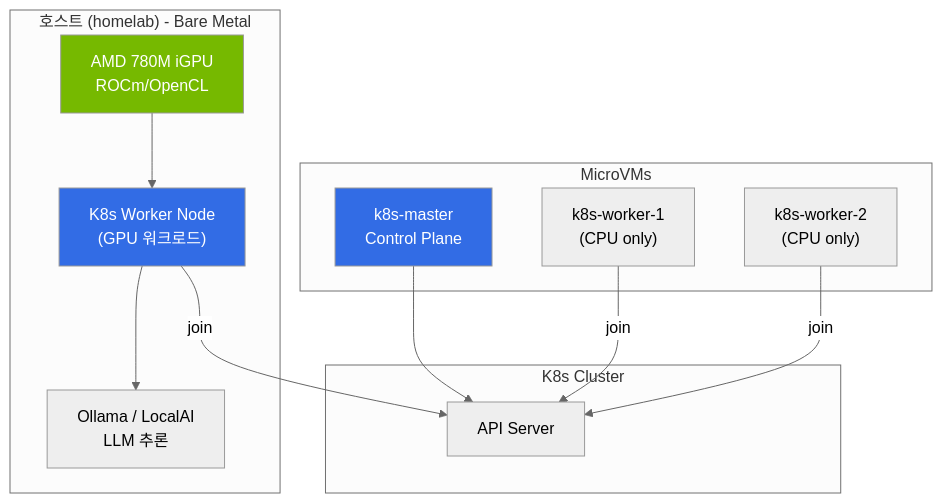
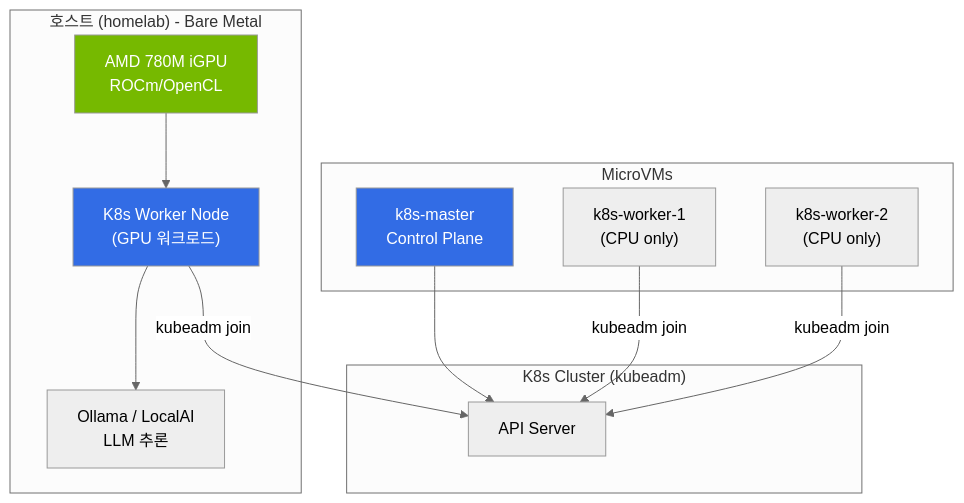
One commit to vanillacake369/tonys-homelab changed the first of 2 diagrams in docs/hybrid-k8s-cluster-plan.md. Above: the diagram before and after it, drawn with Mermaid (neutral theme). The commit also changed other lines of this file and 19 other files, not shown here.

````diff
--- a/docs/hybrid-k8s-cluster-plan.md
+++ b/docs/hybrid-k8s-cluster-plan.md
@@ -7,29 +19,29 @@
 ```mermaid
 flowchart TB
     subgraph Host["호스트 (homelab) - Bare Metal"]
         GPU["AMD 780M iGPU<br/>ROCm/OpenCL"]
         K8S_HOST["K8s Worker Node<br/>(GPU 워크로드)"]
         OLLAMA["Ollama / LocalAI<br/>LLM 추론"]
     end
 
     subgraph VMs["MicroVMs"]
         MASTER["k8s-master<br/>Control Plane"]
         WORKER1["k8s-worker-1<br/>(CPU only)"]
         WORKER2["k8s-worker-2<br/>(CPU only)"]
     end
 
-    subgraph Cluster["K8s Cluster"]
+    subgraph Cluster["K8s Cluster (kubeadm)"]
         API["API Server"]
     end
 
     MASTER --> API
-    K8S_HOST --> |"join"| API
-    WORKER1 --> |"join"| API
-    WORKER2 --> |"join"| API
+    K8S_HOST --> |"kubeadm join"| API
+    WORKER1 --> |"kubeadm join"| API
+    WORKER2 --> |"kubeadm join"| API
     GPU --> K8S_HOST
     K8S_HOST --> OLLAMA
 
     style GPU fill:#76b900,color:#fff
     style K8S_HOST fill:#326ce5,color:#fff
     style MASTER fill:#326ce5,color:#fff
 ```
````
